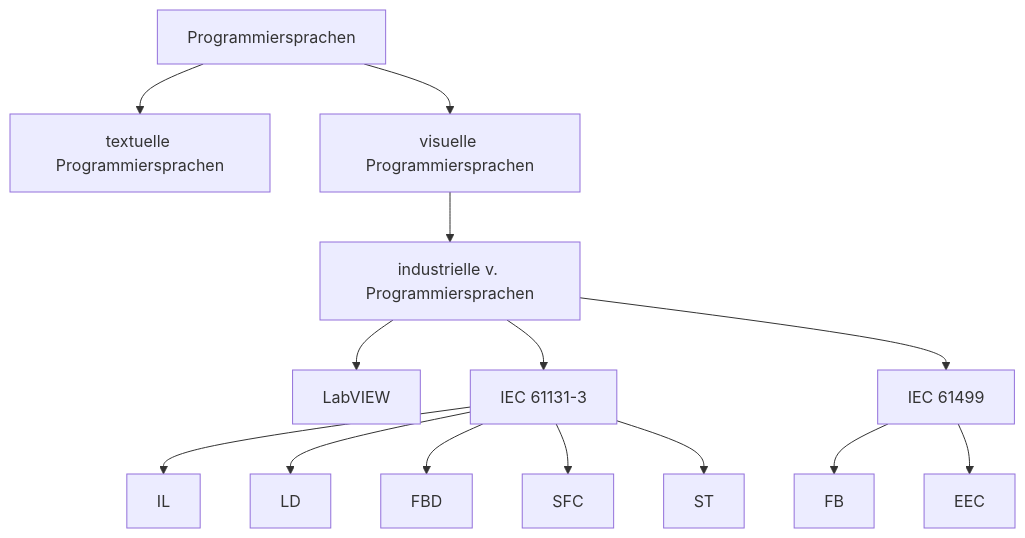
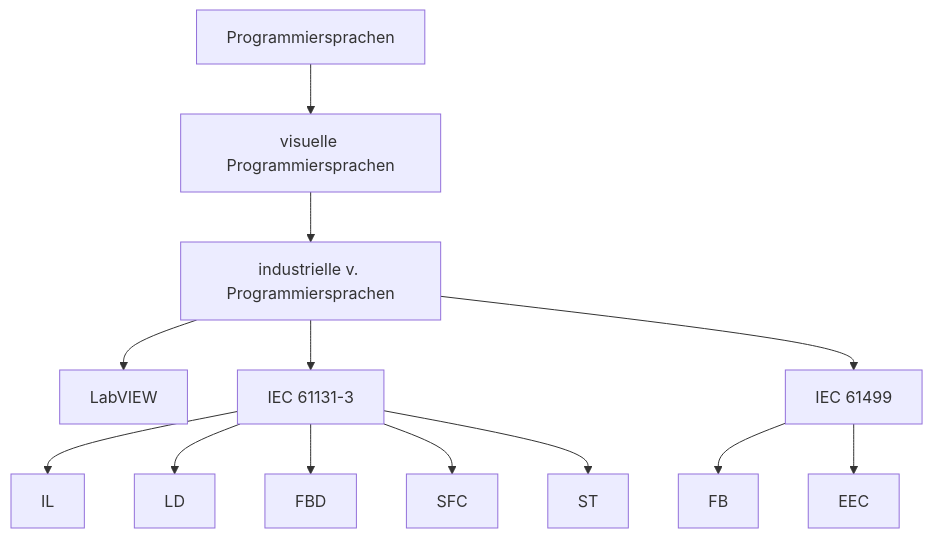
The diagram in docs/Diagramm3.mmd (Meisterschulen-am-Ostbahnhof-Munchen/visual-programming-languages-docs), drawn with Mermaid before and after one commit.

```diff
--- a/docs/Diagramm3.mmd
+++ b/docs/Diagramm3.mmd
@@ -1,14 +1,13 @@
 flowchart TB
-A["Programmiersprachen"] --> B["textuelle Programmiersprachen"]
-A--> CL["visuelle Programmiersprachen"]
+A["Programmiersprachen"] --> CL["visuelle Programmiersprachen"]
 CL -->E["industrielle v. Programmiersprachen"]
 E --> H["LabVIEW"]
 E --> F["IEC 61131-3"]
 E --> G["IEC 61499"]
 F --> IL
 F --> LD
 F --> FBD
 F --> SFC
 F --> ST
 G --> FB
 G --> EEC
```
